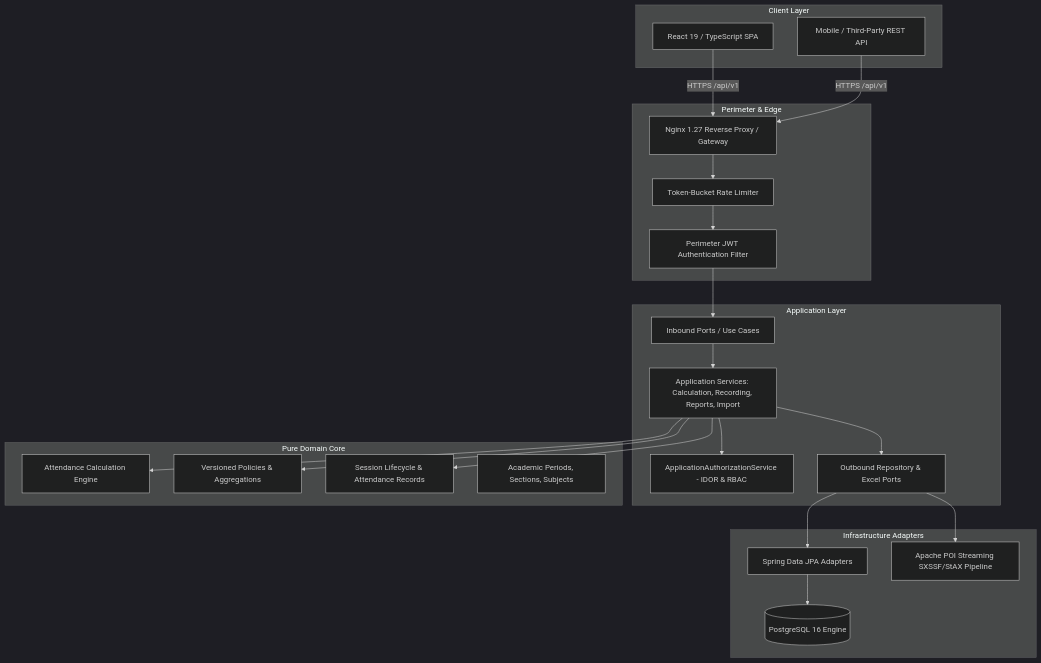
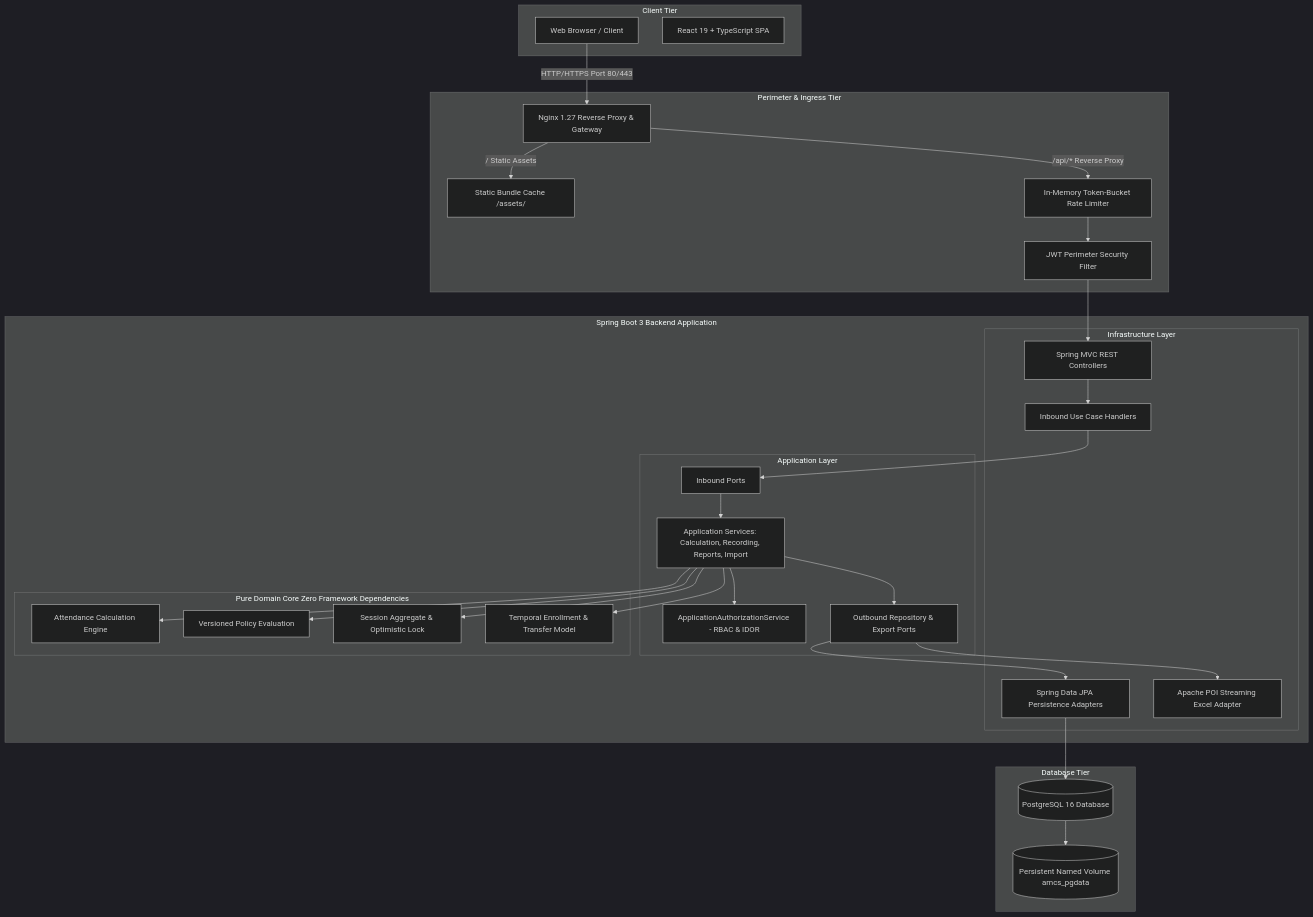
One commit to RoyDibyaJyoti/attendance-management-system changed the diagram in README.md. Above: the diagram before and after it, drawn with Mermaid (dark theme). The commit also changed other lines of this file and 7 other files, not shown here.

````diff
--- a/README.md
+++ b/README.md
@@ -20,48 +68,61 @@
 ```mermaid
 graph TD
-    subgraph Client Layer
-        WebUI[React 19 / TypeScript SPA]
-        MobileAPI[Mobile / Third-Party REST API]
+    subgraph Client Tier
+        Browser[Web Browser / Client]
+        SPA[React 19 + TypeScript SPA]
     end
 
-    subgraph Perimeter & Edge
-        Nginx[Nginx 1.27 Reverse Proxy / Gateway]
-        RateLimiter[Token-Bucket Rate Limiter]
-        SecurityFilter[Perimeter JWT Authentication Filter]
+    subgraph Perimeter & Ingress Tier
+        Nginx[Nginx 1.27 Reverse Proxy & Gateway]
+        StaticFiles[Static Bundle Cache /assets/]
+        RateLimiter[In-Memory Token-Bucket Rate Limiter]
+        JwtAuth[JWT Perimeter Security Filter]
     end
 
-    subgraph Application Layer
-        AppAuth[ApplicationAuthorizationService - IDOR & RBAC]
-        Services[Application Services: Calculation, Recording, Reports, Import]
-        PortsIn[Inbound Ports / Use Cases]
-        PortsOut[Outbound Repository & Excel Ports]
+    subgraph Spring Boot 3 Backend Application
+        subgraph Infrastructure Layer
+            REST[Spring MVC REST Controllers]
+            AdaptersIn[Inbound Use Case Handlers]
+            JpaAdapters[Spring Data JPA Persistence Adapters]
+            PoiAdapter[Apache POI Streaming Excel Adapter]
+        end
+
+        subgraph Application Layer
+            AppAuth[ApplicationAuthorizationService - RBAC & IDOR]
+            AppServices[Application Services: Calculation, Recording, Reports, Import]
+            PortsIn[Inbound Ports]
+            PortsOut[Outbound Repository & Export Ports]
+        end
+
+        subgraph Pure Domain Core Zero Framework Dependencies
+            CalcEngine[Attendance Calculation Engine]
+            PolicyEngine[Versioned Policy Evaluation]
+            SessionAggregate[Session Aggregate & Optimistic Lock]
+            EnrollmentHistory[Temporal Enrollment & Transfer Model]
+        end
     end
 
-    subgraph Pure Domain Core
-        DomainCalculation[Attendance Calculation Engine]
-        DomainPolicy[Versioned Policies & Aggregations]
-        DomainAttendance[Session Lifecycle & Attendance Records]
-        DomainAcademic[Academic Periods, Sections, Subjects]
+    subgraph Database Tier
+        PostgreSQL[(PostgreSQL 16 Database)]
+        Volume[(Persistent Named Volume amcs_pgdata)]
     end
 
-    subgraph Infrastructure Adapters
-        PersistenceAdapters[Spring Data JPA Adapters]
-        PostgreSQL[(PostgreSQL 16 Engine)]
-        ExcelAdapter[Apache POI Streaming SXSSF/StAX Pipeline]
-    end
-
-    WebUI -->|HTTPS /api/v1| Nginx
-    MobileAPI -->|HTTPS /api/v1| Nginx
-    Nginx --> RateLimiter
-    RateLimiter --> SecurityFilter
-    SecurityFilter --> PortsIn
-    PortsIn --> Services
-    Services --> AppAuth
-    Services --> DomainCalculation
-    Services --> DomainAttendance
-    Services --> DomainPolicy
-    Services --> PortsOut
-    PortsOut --> PersistenceAdapters
-    PortsOut --> ExcelAdapter
-    PersistenceAdapters --> PostgreSQL
+    Browser -->|HTTP/HTTPS Port 80/443| Nginx
+    Nginx -->|/ Static Assets| StaticFiles
+    Nginx -->|/api/* Reverse Proxy| RateLimiter
+    RateLimiter --> JwtAuth
+    JwtAuth --> REST
+    REST --> AdaptersIn
+    AdaptersIn --> PortsIn
+    PortsIn --> AppServices
+    AppServices --> AppAuth
+    AppServices --> CalcEngine
+    AppServices --> PolicyEngine
+    AppServices --> SessionAggregate
+    AppServices --> EnrollmentHistory
+    AppServices --> PortsOut
+    PortsOut --> JpaAdapters
+    PortsOut --> PoiAdapter
+    JpaAdapters --> PostgreSQL
+    PostgreSQL --> Volume
 ```
````
